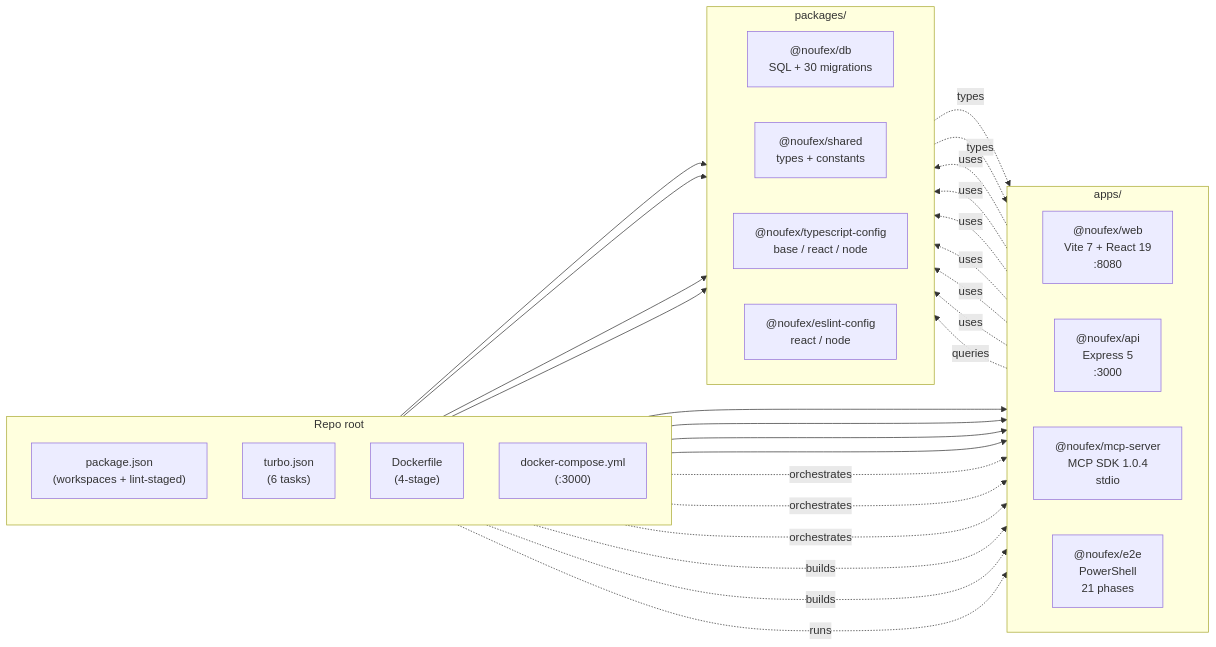
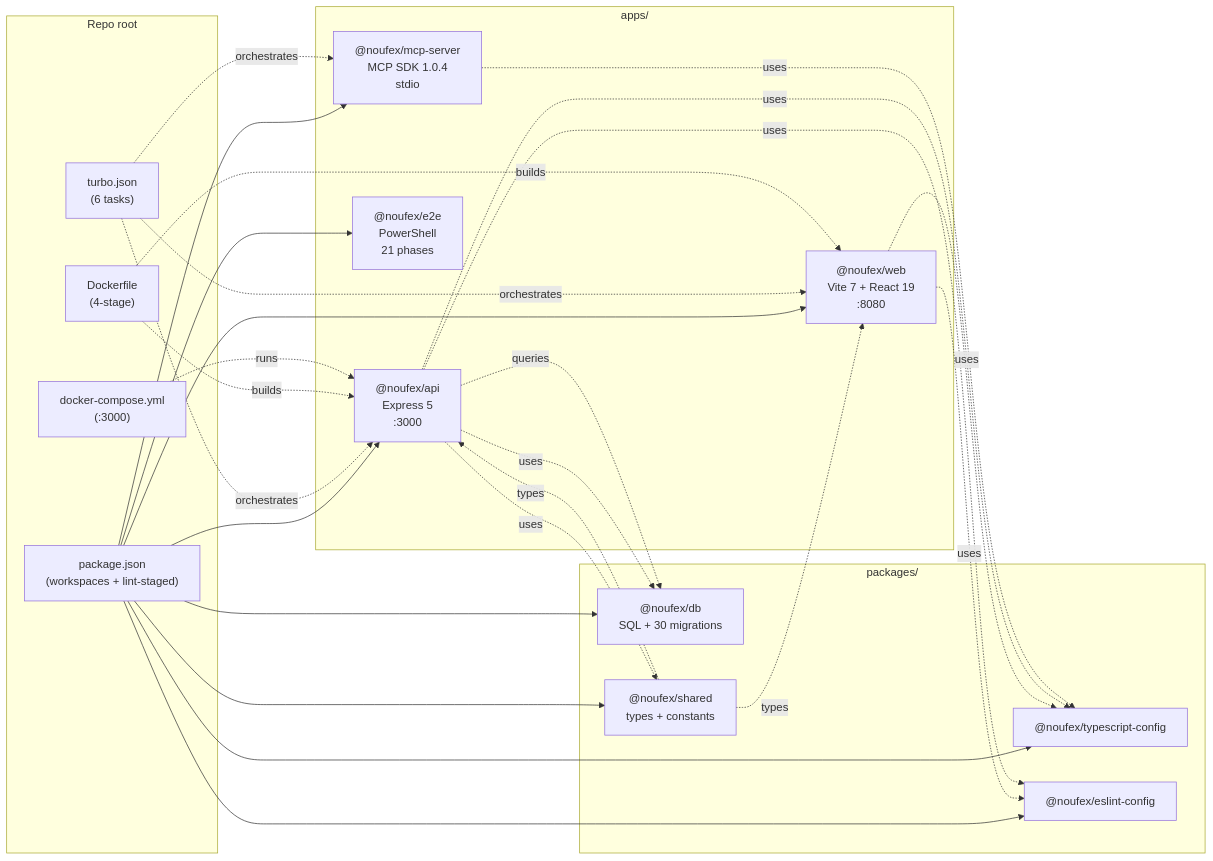
One commit to nashwanzaher/nouf-ex changed the first of 3 diagrams in ARCHITECTURE.md. Above: the diagram before and after it, drawn with Mermaid. The commit also changed other lines of this file and 25 other files, not shown here.

````diff
--- a/ARCHITECTURE.md
+++ b/ARCHITECTURE.md
@@ -40,37 +54,34 @@
 ```mermaid
 graph LR
   subgraph root["Repo root"]
-    direction TB
     PJ["package.json<br/>(workspaces + lint-staged)"]
     TJ["turbo.json<br/>(6 tasks)"]
     DF["Dockerfile<br/>(4-stage)"]
     DC["docker-compose.yml<br/>(:3000)"]
   end
 
   subgraph apps["apps/"]
-    direction LR
     WEB["@noufex/web<br/>Vite 7 + React 19<br/>:8080"]
     API["@noufex/api<br/>Express 5<br/>:3000"]
     MCP["@noufex/mcp-server<br/>MCP SDK 1.0.4<br/>stdio"]
     E2E["@noufex/e2e<br/>PowerShell<br/>21 phases"]
   end
 
   subgraph pkgs["packages/"]
-    direction LR
     DB["@noufex/db<br/>SQL + 30 migrations"]
     SHD["@noufex/shared<br/>types + constants"]
-    TSC["@noufex/typescript-config<br/>base / react / node"]
-    ESC["@noufex/eslint-config<br/>react / node"]
+    TSC["@noufex/typescript-config"]
+    ESC["@noufex/eslint-config"]
   end
 
   PJ --> WEB & API & MCP & E2E
   PJ --> DB & SHD & TSC & ESC
   TJ -. orchestrates .-> WEB & API & MCP
   DF -. builds .-> API & WEB
   DC -. runs .-> API
   WEB -. uses .-> TSC & ESC
-  API -. uses .-> TSC & ESC & SHD
+  API -. uses .-> TSC & ESC & SHD & DB
   MCP -. uses .-> TSC
   SHD -. types .-> WEB & API
   API -. queries .-> DB
 ```
````
